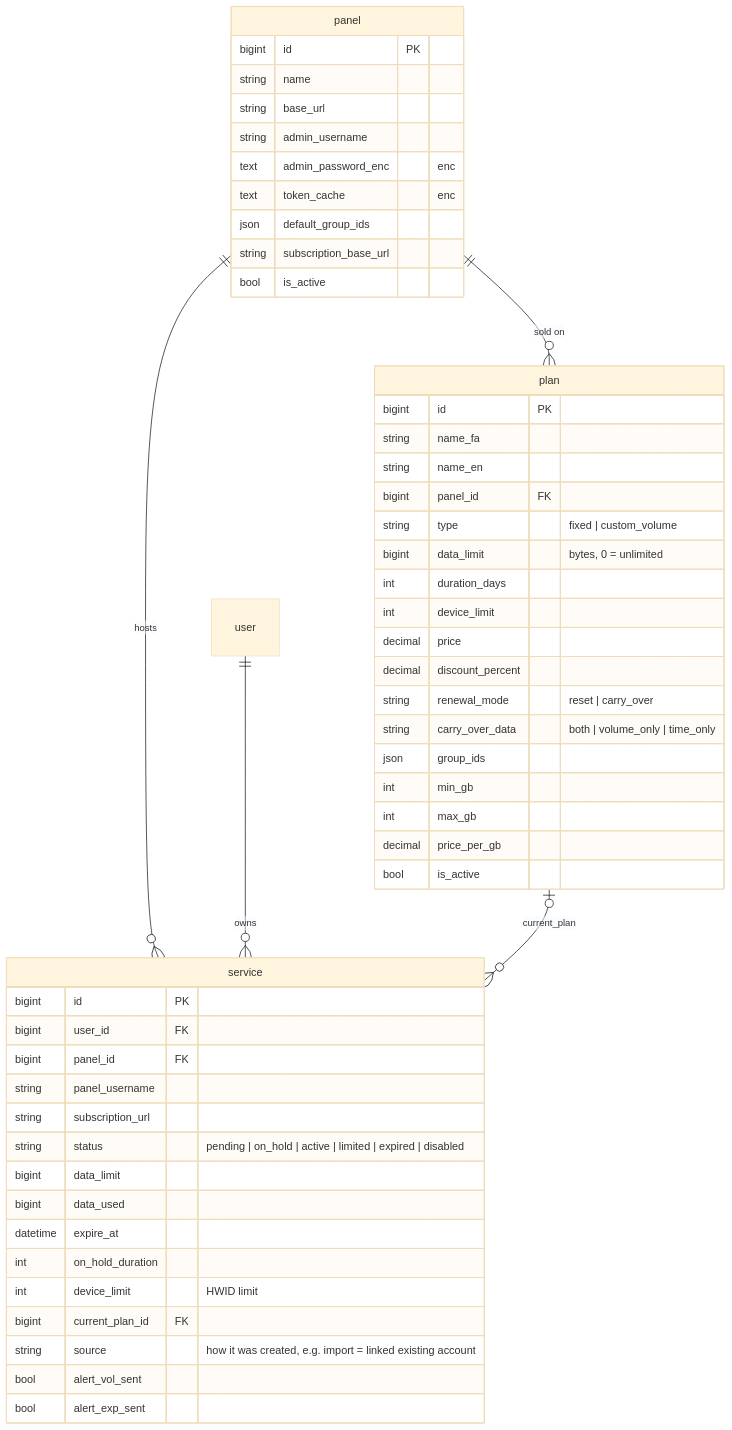
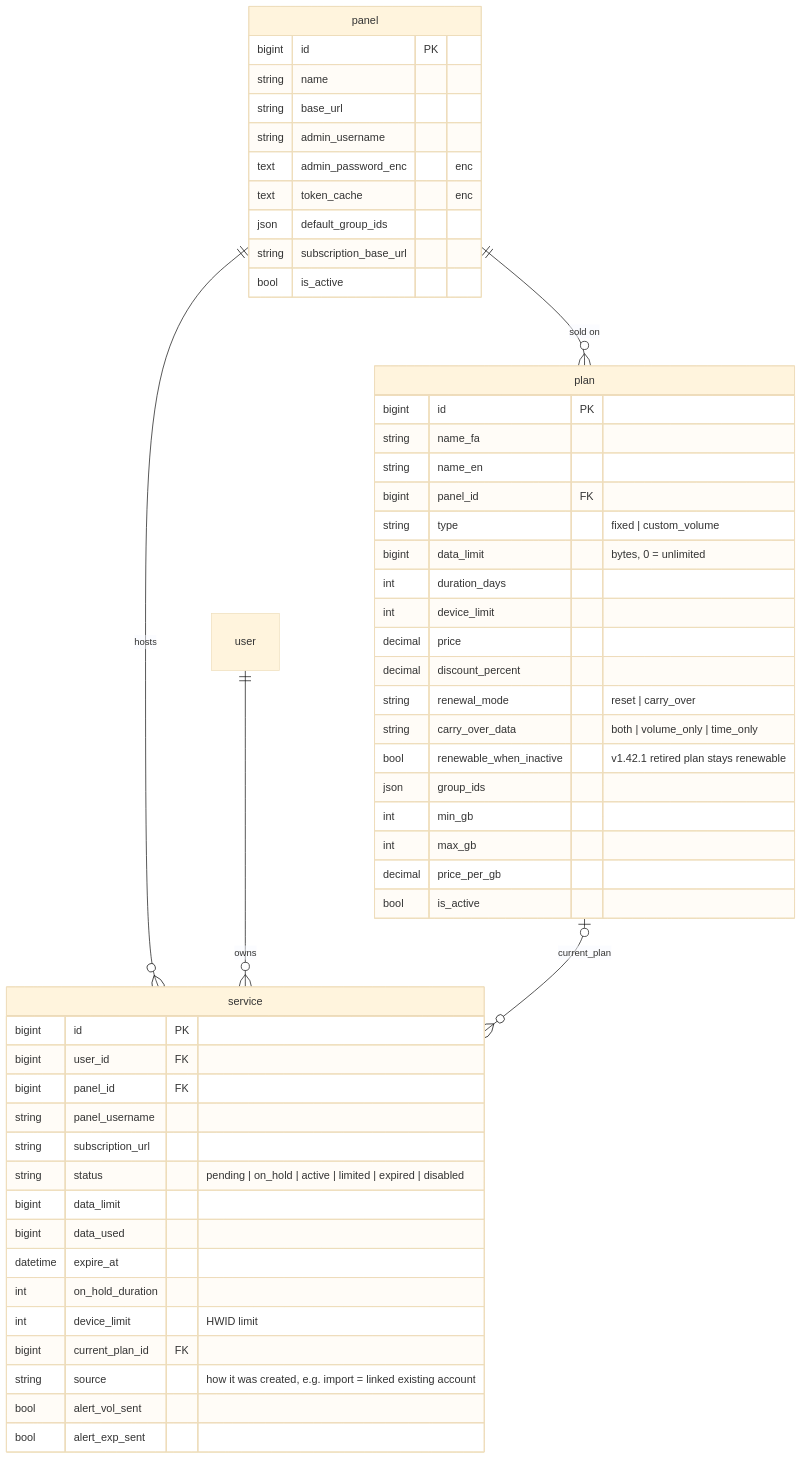
The third of 9 diagrams in docs/erd.md (santiyagoburcart/caspintunel), drawn with Mermaid (base theme) before and after one commit. The commit also changed other lines of this file and 59 other files, not shown here.

````diff
--- a/docs/erd.md
+++ b/docs/erd.md
@@ -146,55 +147,56 @@
 ```mermaid
 erDiagram
     panel ||--o{ plan : "sold on"
     panel ||--o{ service : "hosts"
     user ||--o{ service : "owns"
     plan |o--o{ service : "current_plan"
 
     panel {
         bigint id PK
         string name
         string base_url
         string admin_username
         text admin_password_enc "enc"
         text token_cache "enc"
         json default_group_ids
         string subscription_base_url
         bool is_active
     }
     plan {
         bigint id PK
         string name_fa
         string name_en
         bigint panel_id FK
         string type "fixed | custom_volume"
         bigint data_limit "bytes, 0 = unlimited"
         int duration_days
         int device_limit
         decimal price
         decimal discount_percent
         string renewal_mode "reset | carry_over"
         string carry_over_data "both | volume_only | time_only"
+        bool renewable_when_inactive "v1.42.1 retired plan stays renewable"
         json group_ids
         int min_gb
         int max_gb
         decimal price_per_gb
         bool is_active
     }
     service {
         bigint id PK
         bigint user_id FK
         bigint panel_id FK
         string panel_username
         string subscription_url
         string status "pending | on_hold | active | limited | expired | disabled"
         bigint data_limit
         bigint data_used
         datetime expire_at
         int on_hold_duration
         int device_limit "HWID limit"
         bigint current_plan_id FK
         string source "how it was created, e.g. import = linked existing account"
         bool alert_vol_sent
         bool alert_exp_sent
     }
 ```
````
